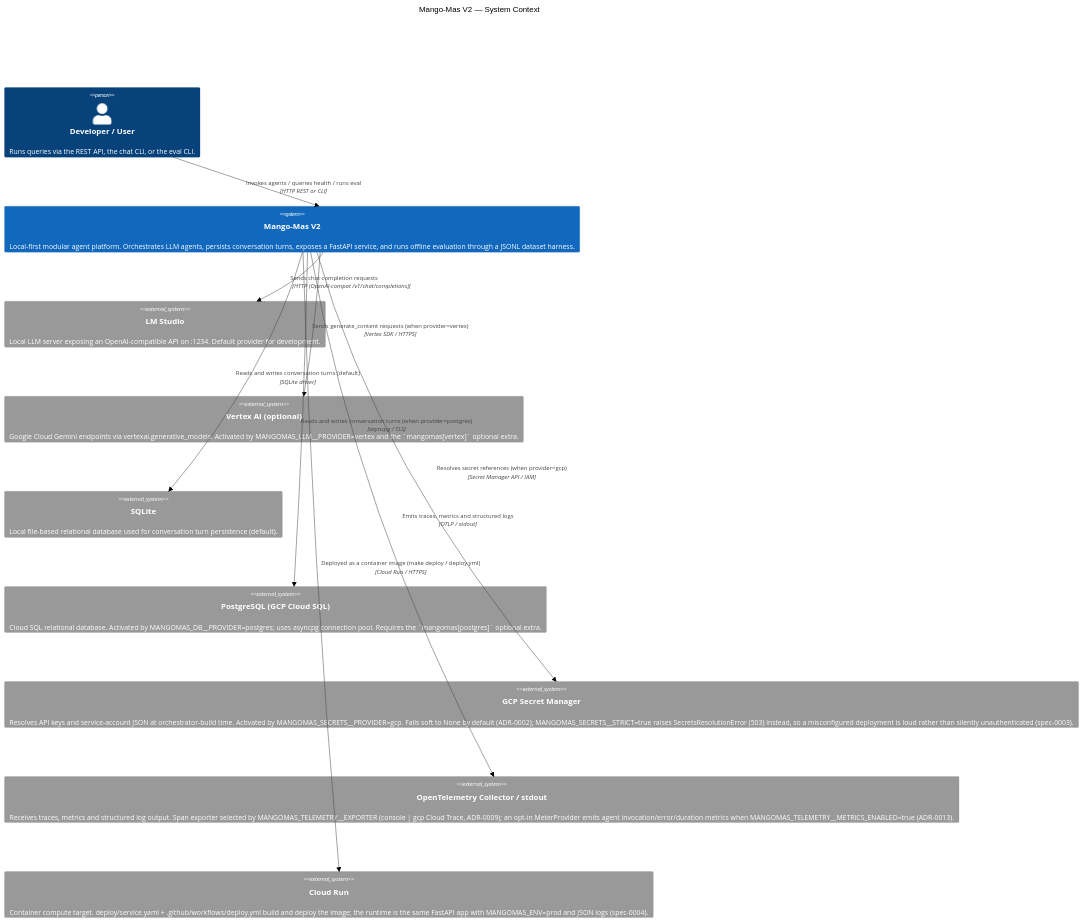
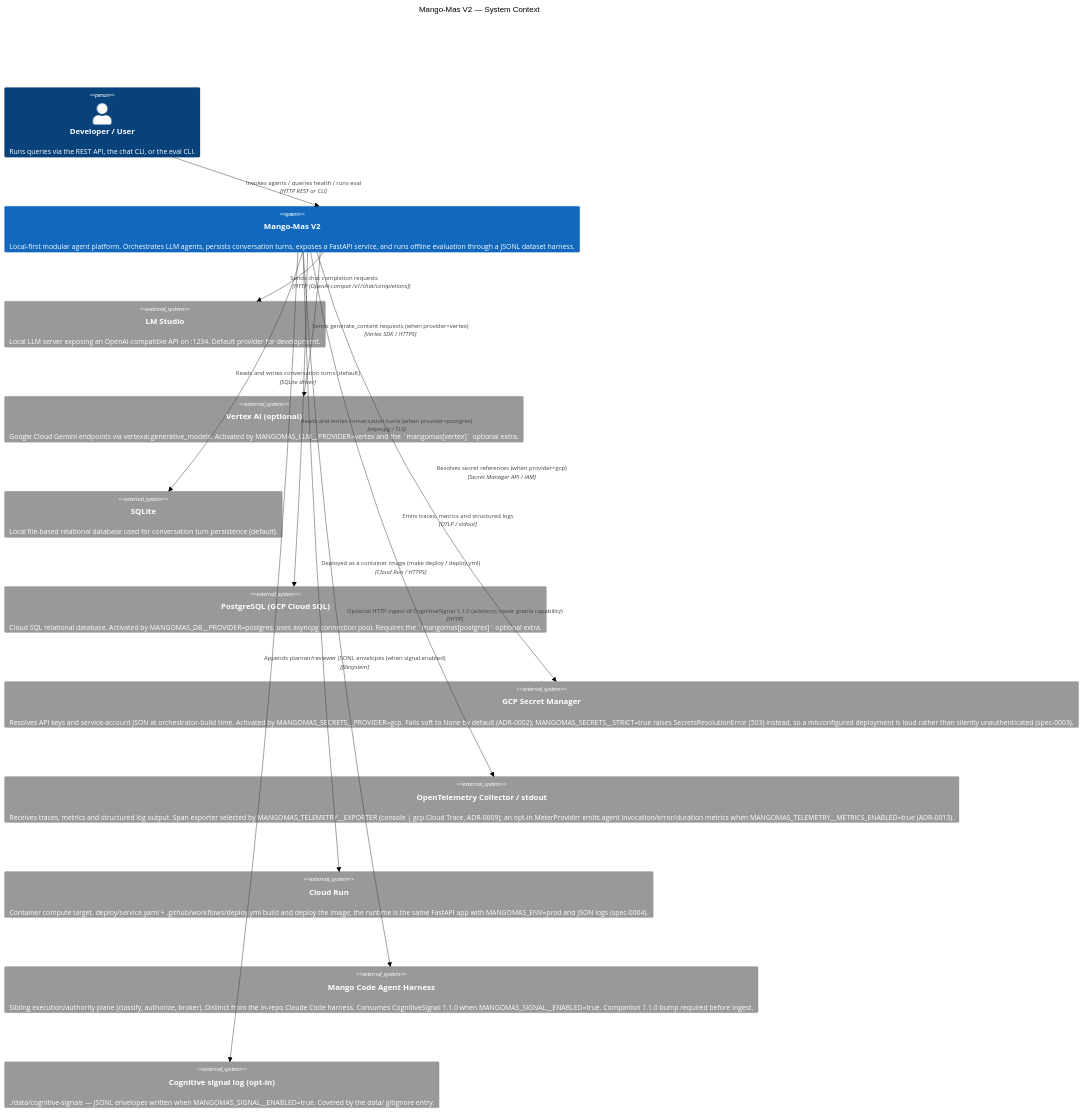
One commit to Mango-Metrics-NLM/MangoMas_V2 changed the diagram in docs/architecture/c1-context.md. Above: the diagram before and after it, drawn with Mermaid (neutral theme). The commit also changed other lines of this file and 102 other files, not shown here.

First line of the commit message:
feat: CognitiveSignal 1.1.0 producer (MANGOMAS_SIGNAL) (#56)

````diff
--- a/docs/architecture/c1-context.md
+++ b/docs/architecture/c1-context.md
@@ -6,31 +6,37 @@
 ```mermaid
 C4Context
   title Mango-Mas V2 — System Context
 
   Person(developer, "Developer / User", "Runs queries via the REST API, the chat CLI, or the eval CLI.")
 
   System(mangomas, "Mango-Mas V2", "Local-first modular agent platform. Orchestrates LLM agents, persists conversation turns, exposes a FastAPI service, and runs offline evaluation through a JSONL dataset harness.")
 
   System_Ext(lmstudio, "LM Studio", "Local LLM server exposing an OpenAI-compatible API on :1234. Default provider for development.")
 
   System_Ext(vertex, "Vertex AI (optional)", "Google Cloud Gemini endpoints via vertexai.generative_models. Activated by MANGOMAS_LLM__PROVIDER=vertex and the `mangomas[vertex]` optional extra.")
 
   System_Ext(sqlite, "SQLite", "Local file-based relational database used for conversation turn persistence (default).")
 
   System_Ext(postgres, "PostgreSQL (GCP Cloud SQL)", "Cloud SQL relational database. Activated by MANGOMAS_DB__PROVIDER=postgres; uses asyncpg connection pool. Requires the `mangomas[postgres]` optional extra.")
 
   System_Ext(secret_mgr, "GCP Secret Manager", "Resolves API keys and service-account JSON at orchestrator-build time. Activated by MANGOMAS_SECRETS__PROVIDER=gcp. Fails soft to None by default (ADR-0002); MANGOMAS_SECRETS__STRICT=true raises SecretsResolutionError (503) instead, so a misconfigured deployment is loud rather than silently unauthenticated (spec-0003).")
 
   System_Ext(otel, "OpenTelemetry Collector / stdout", "Receives traces, metrics and structured log output. Span exporter selected by MANGOMAS_TELEMETRY__EXPORTER (console | gcp Cloud Trace, ADR-0009); an opt-in MeterProvider emits agent invocation/error/duration metrics when MANGOMAS_TELEMETRY__METRICS_ENABLED=true (ADR-0013).")
 
   System_Ext(cloud_run, "Cloud Run", "Container compute target. deploy/service.yaml + .github/workflows/deploy.yml build and deploy the image; the runtime is the same FastAPI app with MANGOMAS_ENV=prod and JSON logs (spec-0004).")
 
+  System_Ext(code_agent_harness, "Mango Code Agent Harness", "Sibling execution/authority plane (classify, authorize, broker). Distinct from the in-repo Claude Code harness. Consumes CognitiveSignal 1.1.0 when MANGOMAS_SIGNAL__ENABLED=true. Companion 1.1.0 bump required before ingest.")
+
+  System_Ext(cognitive_signals, "Cognitive signal log (opt-in)", "./data/cognitive-signals — JSONL envelopes written when MANGOMAS_SIGNAL__ENABLED=true. Covered by the data/ gitignore entry.")
+
   Rel(developer, mangomas, "Invokes agents / queries health / runs eval", "HTTP REST or CLI")
   Rel(mangomas, lmstudio, "Sends chat completion requests", "HTTP (OpenAI-compat /v1/chat/completions)")
   Rel(mangomas, vertex, "Sends generate_content requests (when provider=vertex)", "Vertex SDK / HTTPS")
   Rel(mangomas, sqlite, "Reads and writes conversation turns (default)", "SQLite driver")
   Rel(mangomas, postgres, "Reads and writes conversation turns (when provider=postgres)", "asyncpg / TLS")
   Rel(mangomas, secret_mgr, "Resolves secret references (when provider=gcp)", "Secret Manager API / IAM")
   Rel(mangomas, otel, "Emits traces, metrics and structured logs", "OTLP / stdout")
   Rel(mangomas, cloud_run, "Deployed as a container image (make deploy / deploy.yml)", "Cloud Run / HTTPS")
+  Rel(mangomas, code_agent_harness, "Optional HTTP ingest of CognitiveSignal 1.1.0 (advisory; never grants capability)", "HTTP")
+  Rel(mangomas, cognitive_signals, "Appends planner/reviewer JSONL envelopes (when signal.enabled)", "filesystem")
 ```
````
